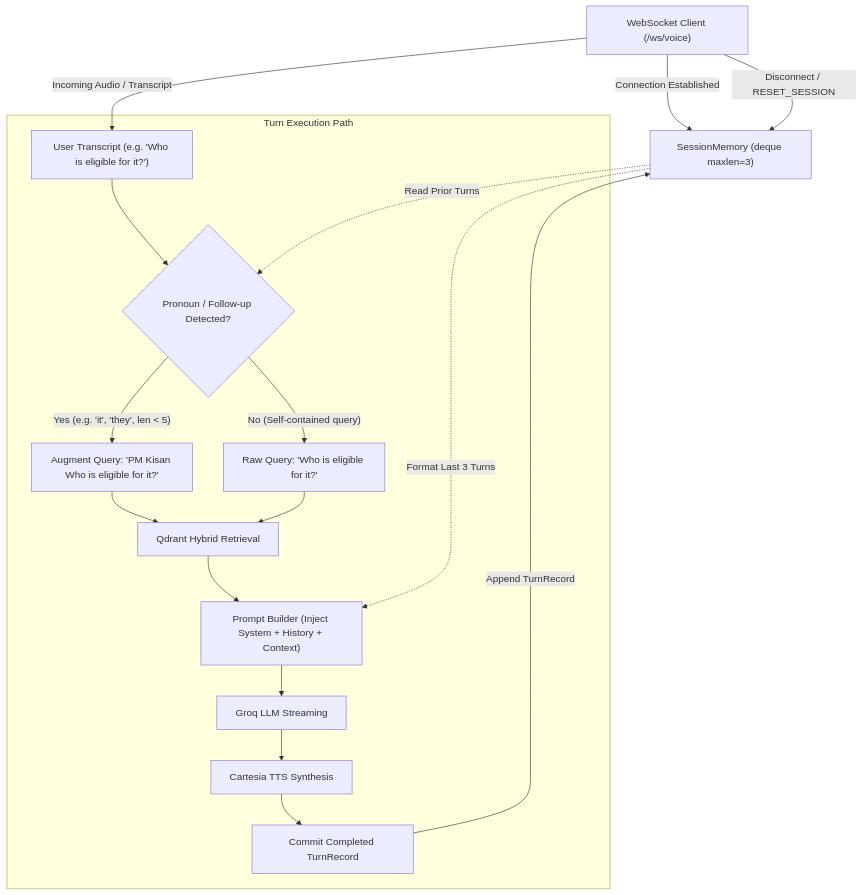
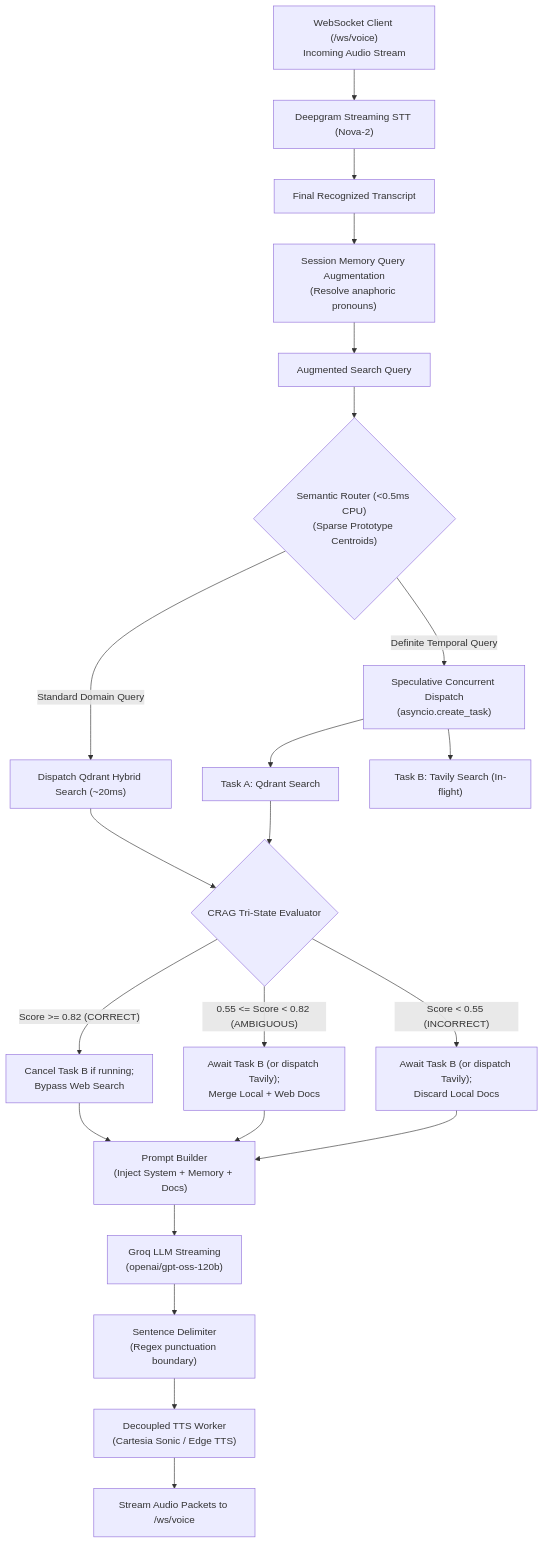
The first of 2 diagrams in design_draft.md (machinoAI/sahayak-voice-assistant), drawn with Mermaid before and after one commit. The commit also changed other lines of this file and 11 other files, not shown here.

Commit message:
feat(routing): implement sub-millisecond semantic router, CRAG tri-state evaluation, and speculative concurrent retrieval

````diff
--- a/design_draft.md
+++ b/design_draft.md
@@ -71,33 +89,32 @@
 ```mermaid
 flowchart TD
-    ClientWS["WebSocket Client (/ws/voice)"]
-    SessionMem["SessionMemory (deque maxlen=3)"]
-
-    subgraph TurnExecution ["Turn Execution Path"]
-        QueryIn["User Transcript (e.g. 'Who is eligible for it?')"]
-        HeuristicCheck{"Pronoun / Follow-up Detected?"}
-        AugmentedQuery["Augment Query: 'PM Kisan Who is eligible for it?'"]
-        RawQuery["Raw Query: 'Who is eligible for it?'"]
-        Qdrant["Qdrant Hybrid Retrieval"]
-        PromptBuilder["Prompt Builder (Inject System + History + Context)"]
-        Groq["Groq LLM Streaming"]
-        TTS["Cartesia TTS Synthesis"]
-        RecordCommit["Commit Completed TurnRecord"]
-    end
-
-    ClientWS -->|"Connection Established"| SessionMem
-    ClientWS -->|"Incoming Audio / Transcript"| QueryIn
-    QueryIn --> HeuristicCheck
-    SessionMem -.->|"Read Prior Turns"| HeuristicCheck
-    HeuristicCheck -->|"Yes (e.g. 'it', 'they', len < 5)"| AugmentedQuery
-    HeuristicCheck -->|"No (Self-contained query)"| RawQuery
-    AugmentedQuery --> Qdrant
-    RawQuery --> Qdrant
-    Qdrant --> PromptBuilder
-    SessionMem -.->|"Format Last 3 Turns"| PromptBuilder
-    PromptBuilder --> Groq
-    Groq --> TTS
-    TTS --> RecordCommit
-    RecordCommit -->|"Append TurnRecord"| SessionMem
-    ClientWS -->|"Disconnect / RESET_SESSION"| SessionMem
+    UserAudio["WebSocket Client (/ws/voice)\nIncoming Audio Stream"] --> STT["Deepgram Streaming STT (Nova-2)"]
+    STT --> FinalTranscript["Final Recognized Transcript"]
+    
+    FinalTranscript --> SessionMem["Session Memory Query Augmentation\n(Resolve anaphoric pronouns)"]
+    SessionMem --> AugmentedQuery["Augmented Search Query"]
+    
+    AugmentedQuery --> SemanticRouter{"Semantic Router (<0.5ms CPU)\n(Sparse Prototype Centroids)"}
+    
+    SemanticRouter -- "Definite Temporal Query" --> SpeculativeFork["Speculative Concurrent Dispatch\n(asyncio.create_task)"]
+    SemanticRouter -- "Standard Domain Query" --> QdrantOnly["Dispatch Qdrant Hybrid Search (~20ms)"]
+    
+    SpeculativeFork --> TaskA["Task A: Qdrant Search"]
+    SpeculativeFork --> TaskB["Task B: Tavily Search (In-flight)"]
+    
+    QdrantOnly --> CRAGEval{"CRAG Tri-State Evaluator"}
+    TaskA --> CRAGEval
+    
+    CRAGEval -- "Score >= 0.82 (CORRECT)" --> CancelTavily["Cancel Task B if running;\nBypass Web Search"]
+    CRAGEval -- "0.55 <= Score < 0.82 (AMBIGUOUS)" --> AwaitTavily["Await Task B (or dispatch Tavily);\nMerge Local + Web Docs"]
+    CRAGEval -- "Score < 0.55 (INCORRECT)" --> PureTavily["Await Task B (or dispatch Tavily);\nDiscard Local Docs"]
+    
+    CancelTavily --> PromptBuilder["Prompt Builder\n(Inject System + Memory + Docs)"]
+    AwaitTavily --> PromptBuilder
+    PureTavily --> PromptBuilder
+    
+    PromptBuilder --> GroqStream["Groq LLM Streaming\n(openai/gpt-oss-120b)"]
+    GroqStream --> SentenceSplitter["Sentence Delimiter\n(Regex punctuation boundary)"]
+    SentenceSplitter --> TTSWorker["Decoupled TTS Worker\n(Cartesia Sonic / Edge TTS)"]
+    TTSWorker --> OutputAudio["Stream Audio Packets to /ws/voice"]
 ```
````
